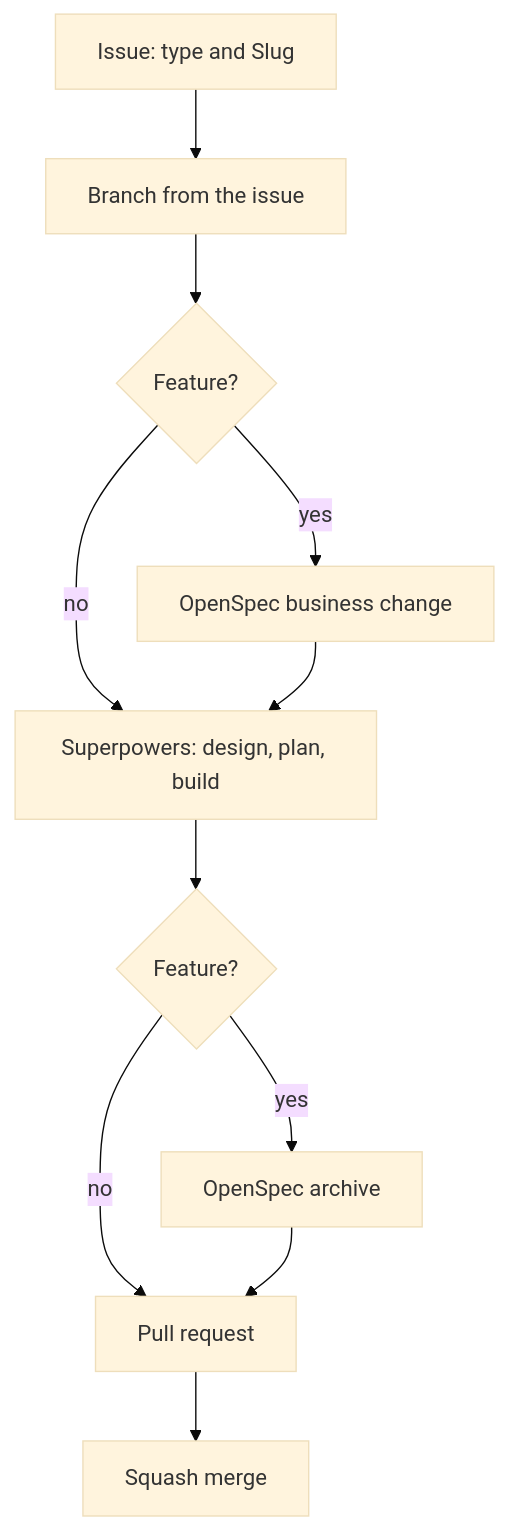
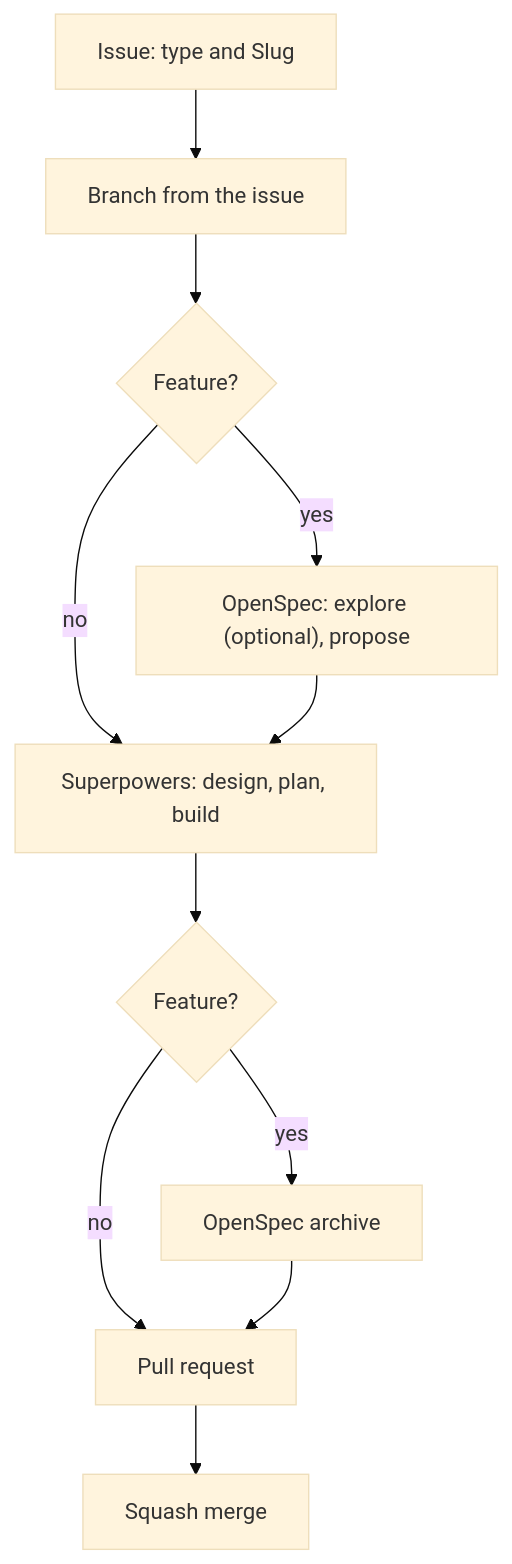
Before and after one commit to football-toolkit/squadhopper: the diagram in docs/how-to/development-workflow.md, drawn with Mermaid (base theme). The commit also changed other lines of this file and 23 other files, not shown here.

Commit message:
chore: set up OpenSpec for business specs (#15)

````diff
--- a/docs/how-to/development-workflow.md
+++ b/docs/how-to/development-workflow.md
@@ -7,13 +7,13 @@
 ```mermaid
 flowchart TD
     A["Issue: type and Slug"] --> B["Branch from the issue"]
     B --> C{"Feature?"}
-    C -->|"yes"| D["OpenSpec business change"]
+    C -->|"yes"| D["OpenSpec: explore (optional), propose"]
     C -->|"no"| E["Superpowers: design, plan, build"]
     D --> E
     E --> F{"Feature?"}
     F -->|"yes"| G["OpenSpec archive"]
     F -->|"no"| H["Pull request"]
     G --> H
     H --> I["Squash merge"]
 ```
````
